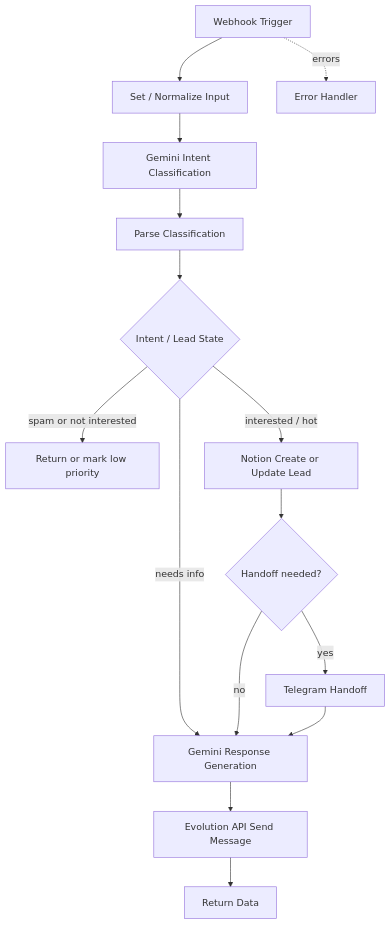
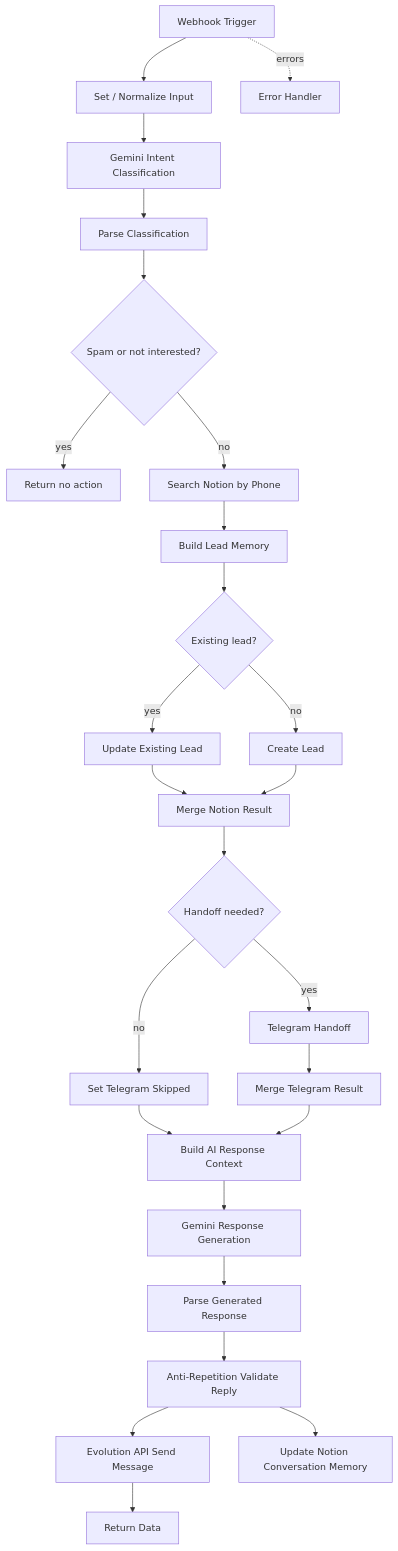
The diagram in docs/n8n/whatsapp_buffered_inbound_workflow.md (nicolasvargaszz/bot), drawn with Mermaid before and after one commit. The commit also changed other lines of this file and 3 other files, not shown here.

First line of the commit message:
feat(n8n): add conversation memory and anti-repetition to buffered template

````diff
--- a/docs/n8n/whatsapp_buffered_inbound_workflow.md
+++ b/docs/n8n/whatsapp_buffered_inbound_workflow.md
@@ -15,17 +15,28 @@
 ```mermaid
 flowchart TD
     A[Webhook Trigger] --> B[Set / Normalize Input]
     B --> C[Gemini Intent Classification]
     C --> D[Parse Classification]
-    D --> E{Intent / Lead State}
-    E -- spam or not interested --> F[Return or mark low priority]
-    E -- needs info --> G[Gemini Response Generation]
-    E -- interested / hot --> H[Notion Create or Update Lead]
-    H --> I{Handoff needed?}
-    I -- yes --> J[Telegram Handoff]
-    I -- no --> G
-    J --> G
-    G --> K[Evolution API Send Message]
-    K --> L[Return Data]
-    A -. errors .-> M[Error Handler]
+    D --> E{Spam or not interested?}
+    E -- yes --> F[Return no action]
+    E -- no --> G[Search Notion by Phone]
+    G --> H[Build Lead Memory]
+    H --> I{Existing lead?}
+    I -- yes --> J[Update Existing Lead]
+    I -- no --> K[Create Lead]
+    J --> L[Merge Notion Result]
+    K --> L
+    L --> M{Handoff needed?}
+    M -- yes --> N[Telegram Handoff]
+    M -- no --> O[Set Telegram Skipped]
+    N --> P[Merge Telegram Result]
+    O --> Q[Build AI Response Context]
+    P --> Q
+    Q --> R[Gemini Response Generation]
+    R --> S[Parse Generated Response]
+    S --> T[Anti-Repetition Validate Reply]
+    T --> U[Evolution API Send Message]
+    T --> V[Update Notion Conversation Memory]
+    U --> W[Return Data]
+    A -. errors .-> X[Error Handler]
 ```
````
